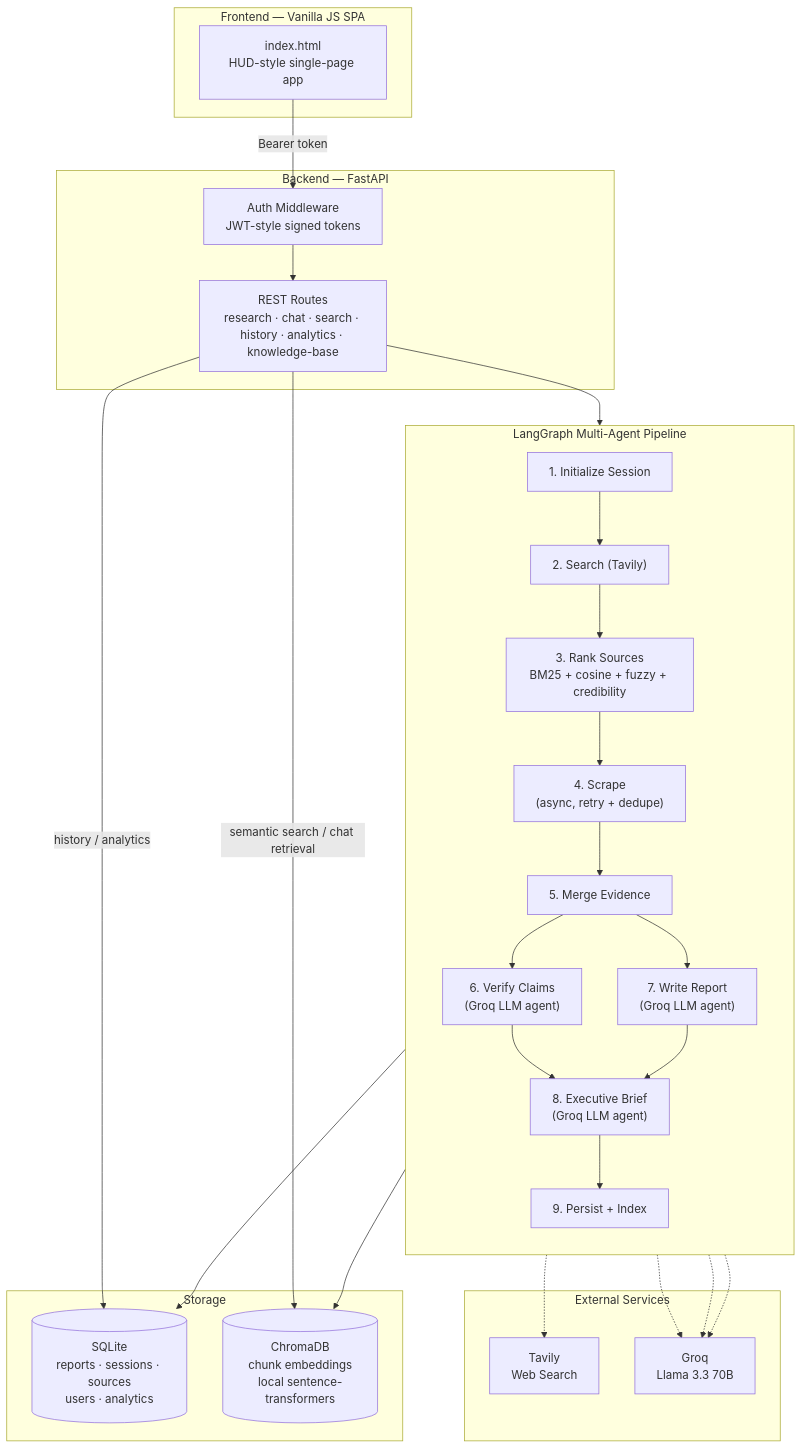
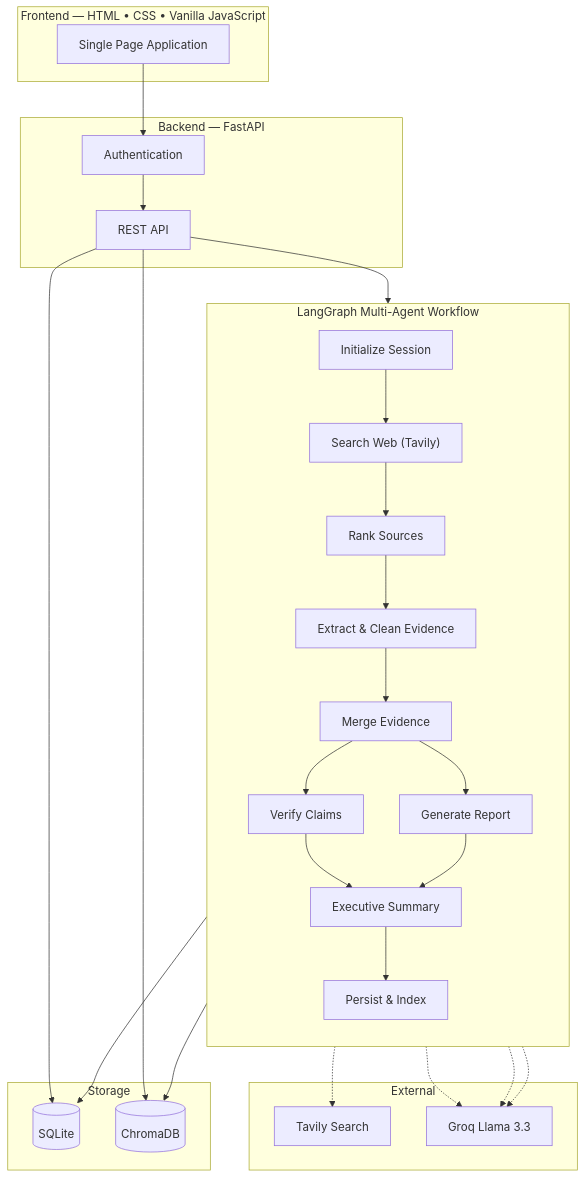
The diagram in README.md (shreyajoshi144/atlas), drawn with Mermaid before and after one commit. The commit also changed other lines of this file, not shown here.

````diff
--- a/README.md
+++ b/README.md
@@ -75,46 +144,60 @@
 ```mermaid
 flowchart TB
-    subgraph Client["Frontend — Vanilla JS SPA"]
-        UI["index.html<br/>HUD-style single-page app"]
+    subgraph Client["Frontend — HTML • CSS • Vanilla JavaScript"]
+        UI["Single Page Application"]
     end
 
     subgraph API["Backend — FastAPI"]
-        Auth["Auth Middleware<br/>JWT-style signed tokens"]
-        Routes["REST Routes<br/>research · chat · search · history · analytics · knowledge-base"]
+        Auth["Authentication"]
+        Routes["REST API"]
     end
 
-    subgraph Pipeline["LangGraph Multi-Agent Pipeline"]
+    subgraph Pipeline["LangGraph Multi-Agent Workflow"]
         direction TB
-        N1["1. Initialize Session"] --> N2["2. Search (Tavily)"]
-        N2 --> N3["3. Rank Sources<br/>BM25 + cosine + fuzzy + credibility"]
-        N3 --> N4["4. Scrape<br/>(async, retry + dedupe)"]
-        N4 --> N5["5. Merge Evidence"]
-        N5 --> N6["6. Verify Claims<br/>(Groq LLM agent)"]
-        N5 --> N7["7. Write Report<br/>(Groq LLM agent)"]
-        N6 --> N8["8. Executive Brief<br/>(Groq LLM agent)"]
-        N7 --> N8
-        N8 --> N9["9. Persist + Index"]
+
+        A["Initialize Session"]
+        B["Search Web (Tavily)"]
+        C["Rank Sources"]
+        D["Extract & Clean Evidence"]
+        E["Merge Evidence"]
+        F["Verify Claims"]
+        G["Generate Report"]
+        H["Executive Summary"]
+        I["Persist & Index"]
+
+        A --> B
+        B --> C
+        C --> D
+        D --> E
+        E --> F
+        E --> G
+        F --> H
+        G --> H
+        H --> I
     end
 
-    subgraph External["External Services"]
-        Tavily["Tavily<br/>Web Search"]
-        Groq["Groq<br/>Llama 3.3 70B"]
+    subgraph External
+        Tavily["Tavily Search"]
+        Groq["Groq Llama 3.3"]
     end
 
-    subgraph Storage["Storage"]
-        SQLite[("SQLite<br/>reports · sessions · sources<br/>users · analytics")]
-        Chroma[("ChromaDB<br/>chunk embeddings<br/>local sentence-transformers")]
+    subgraph Storage
+        SQLite[("SQLite")]
+        Chroma[("ChromaDB")]
     end
 
-    UI -- "Bearer token" --> Auth
+    UI --> Auth
     Auth --> Routes
     Routes --> Pipeline
-    N2 -.-> Tavily
-    N6 -.-> Groq
-    N7 -.-> Groq
-    N8 -.-> Groq
-    N9 --> SQLite
-    N9 --> Chroma
-    Routes -- "semantic search / chat retrieval" --> Chroma
-    Routes -- "history / analytics" --> SQLite
+
+    B -.-> Tavily
+    F -.-> Groq
+    G -.-> Groq
+    H -.-> Groq
+
+    I --> SQLite
+    I --> Chroma
+
+    Routes --> SQLite
+    Routes --> Chroma
 ```
````
